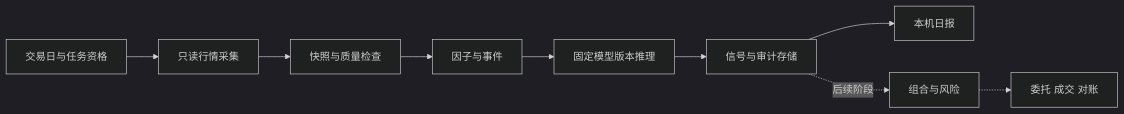
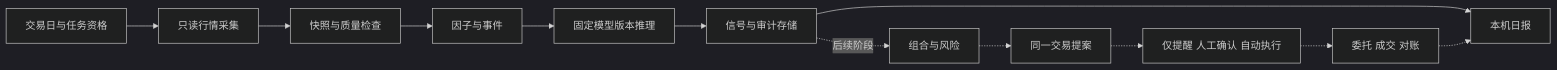
Before and after one commit to Rexmiao/alpha-trading-lab: the diagram in specs/DAILY_SIGNAL_SYSTEM.md, drawn with Mermaid (dark theme). The commit also changed other lines of this file and 3 other files, not shown here.

````diff
--- a/specs/DAILY_SIGNAL_SYSTEM.md
+++ b/specs/DAILY_SIGNAL_SYSTEM.md
@@ -58,11 +85,14 @@
 ```mermaid
 flowchart LR
     A[交易日与任务资格] --> B[只读行情采集]
     B --> C[快照与质量检查]
     C --> D[因子与事件]
     D --> E[固定模型版本推理]
     E --> F[信号与审计存储]
     F --> G[本机日报]
     F -. 后续阶段 .-> H[组合与风险]
-    H -.-> I[委托 成交 对账]
+    H -.-> P[同一交易提案]
+    P -.-> Q[仅提醒 人工确认 自动执行]
+    Q -.-> I[委托 成交 对账]
+    I -.-> G
 ```
````
